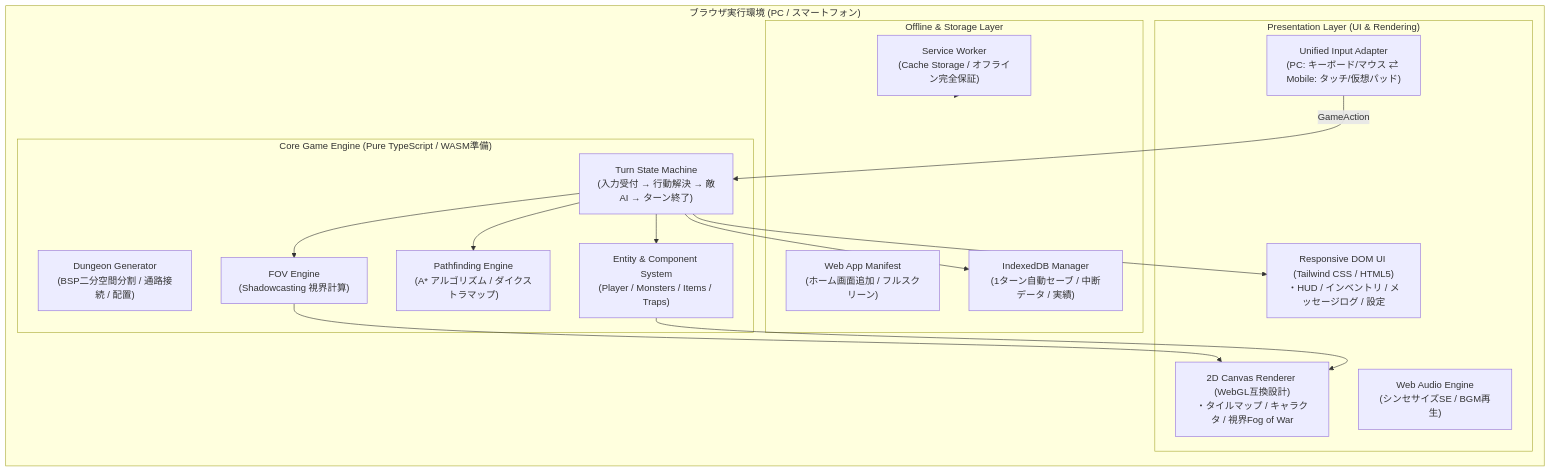
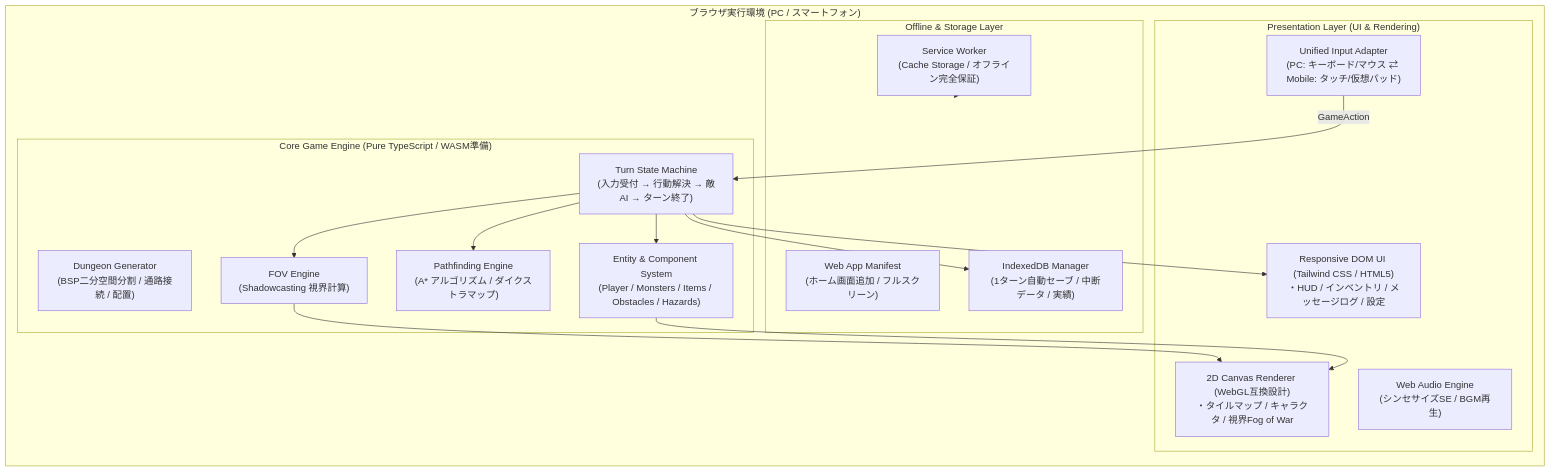
Before and after one commit to Katsu2013/antigravity-game-01: the diagram in docs/02_architecture.md, drawn with Mermaid. The commit also changed other lines of this file and 3 other files, not shown here.

````diff
--- a/docs/02_architecture.md
+++ b/docs/02_architecture.md
@@ -7,35 +7,35 @@
 ```mermaid
 flowchart TD
     subgraph BrowserEnvironment["ブラウザ実行環境 (PC / スマートフォン)"]
         subgraph OfflinePWA["Offline & Storage Layer"]
             SW["Service Worker<br>(Cache Storage / オフライン完全保証)"]
             Manifest["Web App Manifest<br>(ホーム画面追加 / フルスクリーン)"]
             IDB["IndexedDB Manager<br>(1ターン自動セーブ / 中断データ / 実績)"]
         end
 
         subgraph PresentationLayer["Presentation Layer (UI & Rendering)"]
             DOMUI["Responsive DOM UI (Tailwind CSS / HTML5)<br>・HUD / インベントリ / メッセージログ / 設定"]
             InputAdapter["Unified Input Adapter<br>(PC: キーボード/マウス ⇄ Mobile: タッチ/仮想パッド)"]
             CanvasRenderer["2D Canvas Renderer (WebGL互換設計)<br>・タイルマップ / キャラクタ / 視界Fog of War"]
             AudioEngine["Web Audio Engine<br>(シンセサイズSE / BGM再生)"]
         end
 
         subgraph CoreEngineLayer["Core Game Engine (Pure TypeScript / WASM準備)"]
             TurnLoop["Turn State Machine<br>(入力受付 → 行動解決 → 敵AI → ターン終了)"]
             DungeonGen["Dungeon Generator<br>(BSP二分空間分割 / 通路接続 / 配置)"]
             FOV["FOV Engine<br>(Shadowcasting 視界計算)"]
             Pathfinding["Pathfinding Engine<br>(A* アルゴリズム / ダイクストラマップ)"]
-            EntityMgr["Entity & Component System<br>(Player / Monsters / Items / Traps)"]
+            EntityMgr["Entity & Component System<br>(Player / Monsters / Items / Obstacles / Hazards)"]
         end
     end
 
     InputAdapter -->|GameAction| TurnLoop
     TurnLoop --> EntityMgr
     TurnLoop --> FOV
     TurnLoop --> Pathfinding
     TurnLoop --> IDB
     FOV --> CanvasRenderer
     EntityMgr --> CanvasRenderer
     TurnLoop --> DOMUI
     SW --> BrowserEnvironment
 ```
````
